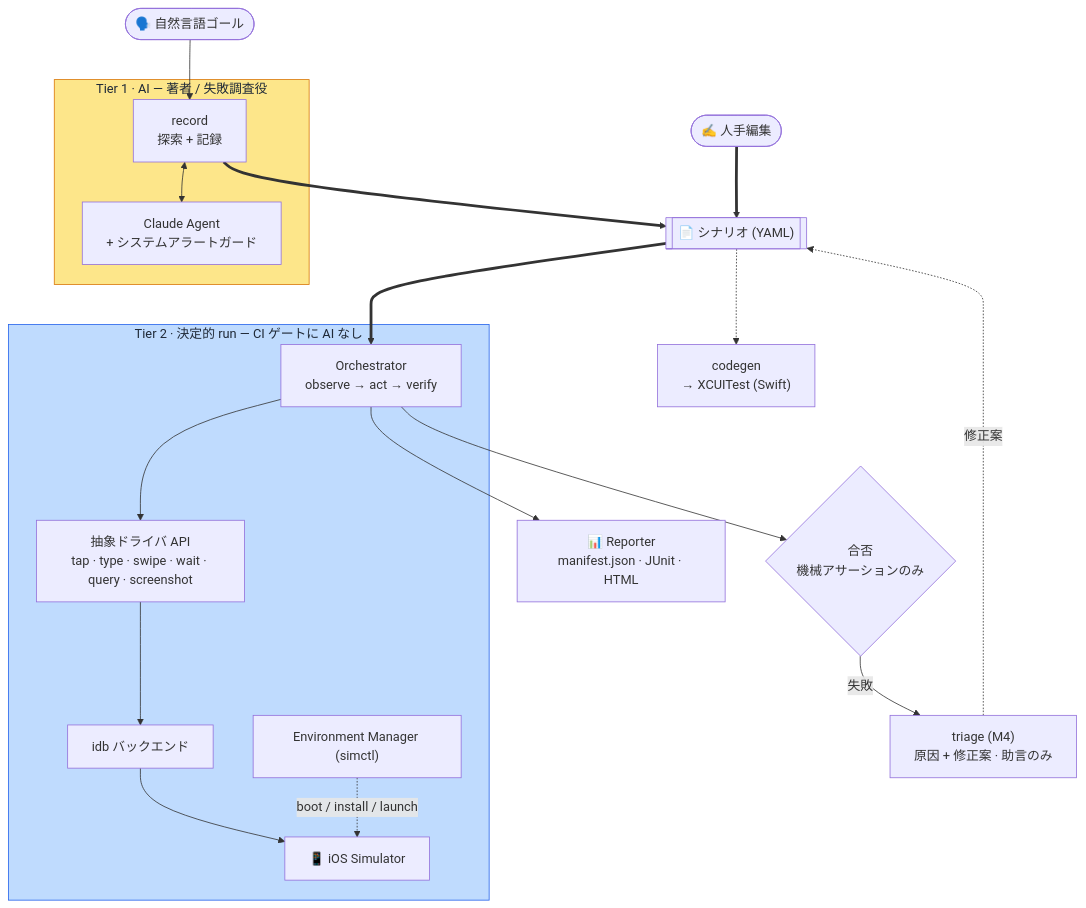
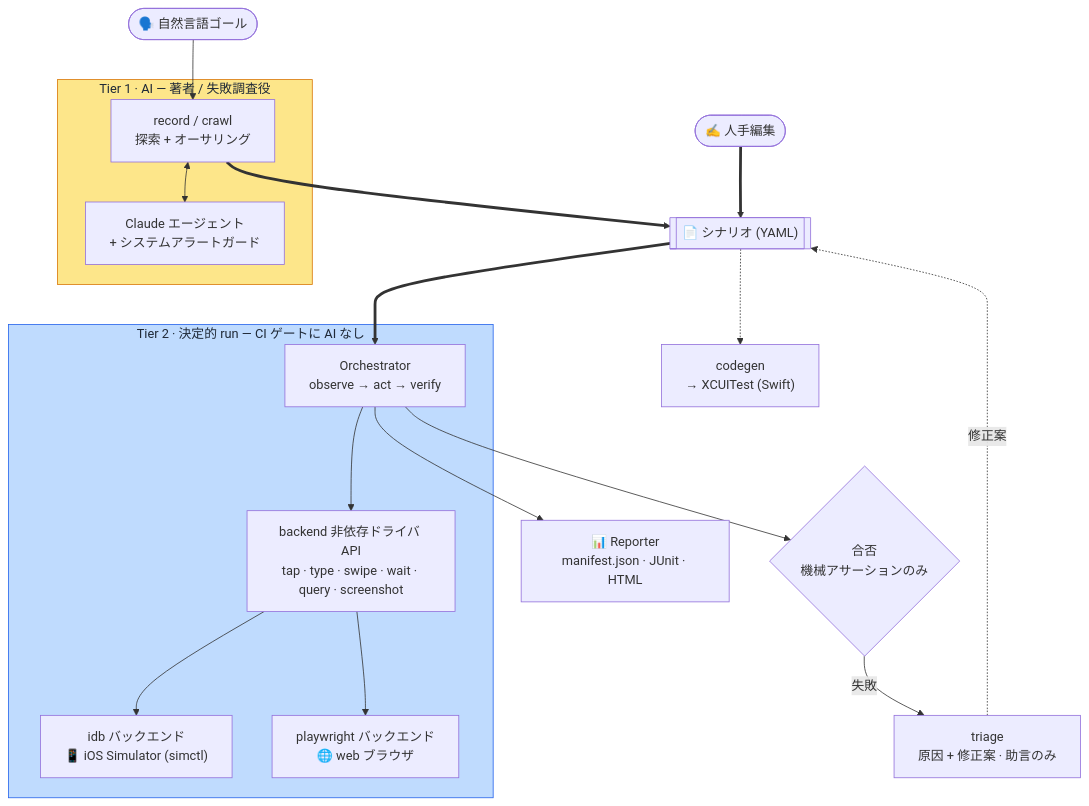
One commit to bajutsu-e2e/bajutsu changed the diagram in docs/ja/architecture.md. Above: the diagram before and after it, drawn with Mermaid. The commit also changed other lines of this file and 34 other files, not shown here.

````diff
--- a/docs/ja/architecture.md
+++ b/docs/ja/architecture.md
@@ -17,42 +18,42 @@
 ```mermaid
 flowchart TB
     goal(["🗣️ 自然言語ゴール"])
     hand(["✍️ 人手編集"])
     scenario[["📄 シナリオ (YAML)"]]
 
     subgraph tier1["Tier 1 · AI — 著者 / 失敗調査役"]
-        record["record<br/>探索 + 記録"]
-        agent["Claude Agent<br/>+ システムアラートガード"]
+        record["record / crawl<br/>探索 + オーサリング"]
+        agent["Claude エージェント<br/>+ システムアラートガード"]
         record <--> agent
     end
 
     subgraph tier2["Tier 2 · 決定的 run — CI ゲートに AI なし"]
         orch["Orchestrator<br/>observe → act → verify"]
-        driver["抽象ドライバ API<br/>tap · type · swipe · wait · query · screenshot"]
-        idb["idb バックエンド"]
-        sim["📱 iOS Simulator"]
-        env["Environment Manager (simctl)"]
-        orch --> driver --> idb --> sim
-        env -.->|boot / install / launch| sim
+        driver["backend 非依存ドライバ API<br/>tap · type · swipe · wait · query · screenshot"]
+        idb["idb バックエンド<br/>📱 iOS Simulator (simctl)"]
+        pw["playwright バックエンド<br/>🌐 web ブラウザ"]
+        orch --> driver
+        driver --> idb
+        driver --> pw
     end
 
     verdict{"合否<br/>機械アサーションのみ"}
     report["📊 Reporter<br/>manifest.json · JUnit · HTML"]
     codegen["codegen<br/>→ XCUITest (Swift)"]
-    triage["triage (M4)<br/>原因 + 修正案 · 助言のみ"]
+    triage["triage<br/>原因 + 修正案 · 助言のみ"]
 
     goal --> record
     record ==> scenario
     hand ==> scenario
     scenario ==> orch
     scenario -.-> codegen
     orch --> verdict
     orch --> report
     verdict -->|失敗| triage
     triage -.->|修正案| scenario
 
     classDef ai fill:#fde68a,stroke:#d97706,color:#1f2937;
     classDef det fill:#bfdbfe,stroke:#2563eb,color:#1f2937;
     class tier1 ai
     class tier2 det
 ```
````
